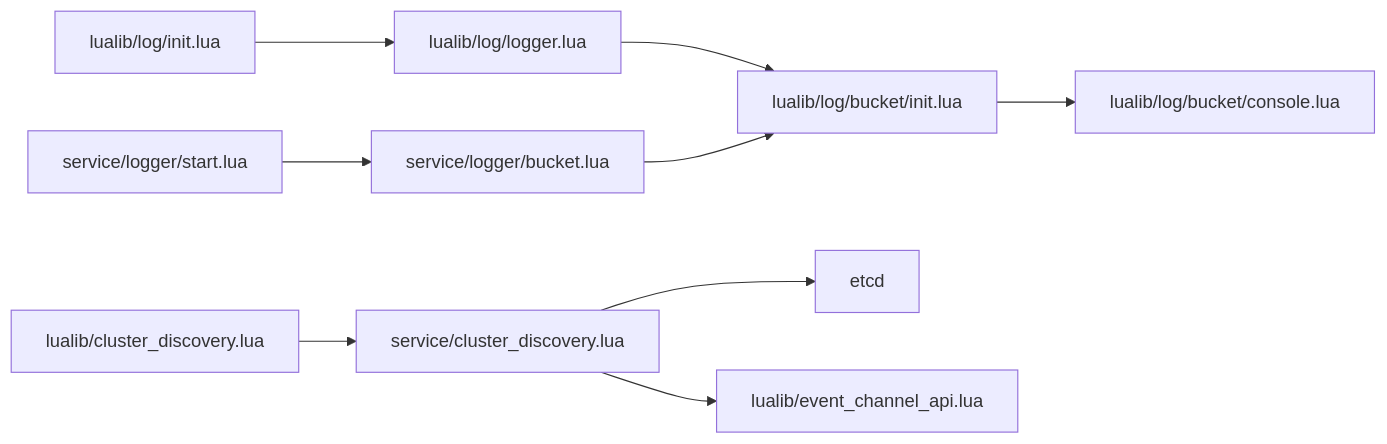
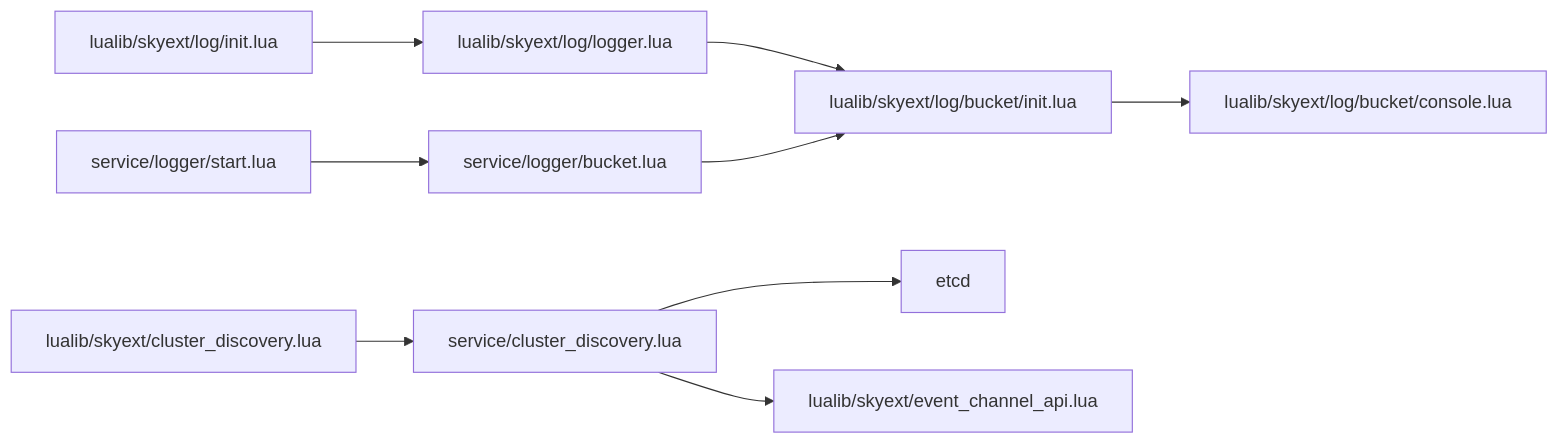
One commit to hanxi/skyext changed the sixth of 6 diagrams in docs/repowiki/zh/content/核心模块/日志系统/日志桶系统/服务间通信.md. Above: the diagram before and after it, drawn with Mermaid. The commit also changed other lines of this file and 117 other files, not shown here.

````diff
--- a/docs/repowiki/zh/content/核心模块/日志系统/日志桶系统/服务间通信.md
+++ b/docs/repowiki/zh/content/核心模块/日志系统/日志桶系统/服务间通信.md
@@ -241,11 +241,11 @@
 ```mermaid
 graph LR
-LogInit["lualib/log/init.lua"] --> LogCore["lualib/log/logger.lua"]
-LogCore --> BucketAPI["lualib/log/bucket/init.lua"]
-BucketAPI --> Console["lualib/log/bucket/console.lua"]
+LogInit["lualib/skyext/log/init.lua"] --> LogCore["lualib/skyext/log/logger.lua"]
+LogCore --> BucketAPI["lualib/skyext/log/bucket/init.lua"]
+BucketAPI --> Console["lualib/skyext/log/bucket/console.lua"]
 LoggerSvc["service/logger/start.lua"] --> SvcBucket["service/logger/bucket.lua"]
 SvcBucket --> BucketAPI
-CDClient["lualib/cluster_discovery.lua"] --> CDCore["service/cluster_discovery.lua"]
+CDClient["lualib/skyext/cluster_discovery.lua"] --> CDCore["service/cluster_discovery.lua"]
 CDCore --> Etcd["etcd"]
-CDCore --> EventCh["lualib/event_channel_api.lua"]
+CDCore --> EventCh["lualib/skyext/event_channel_api.lua"]
 ```
````
